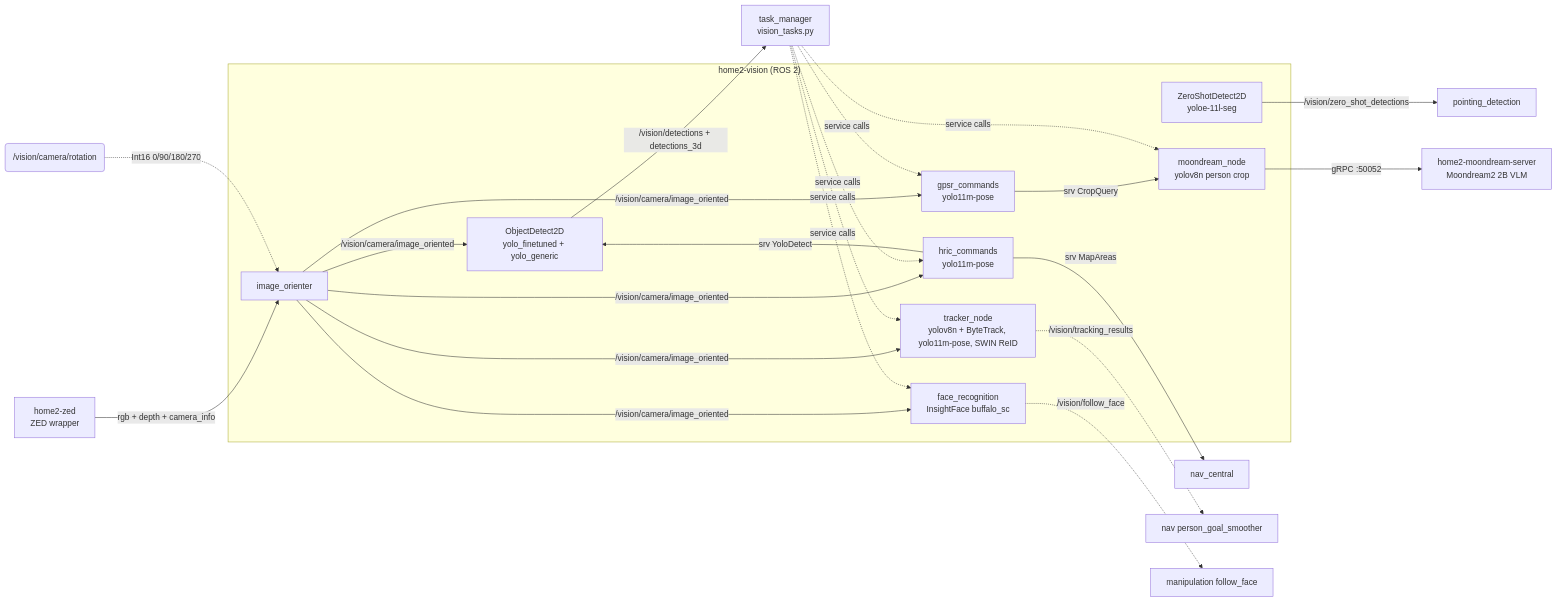
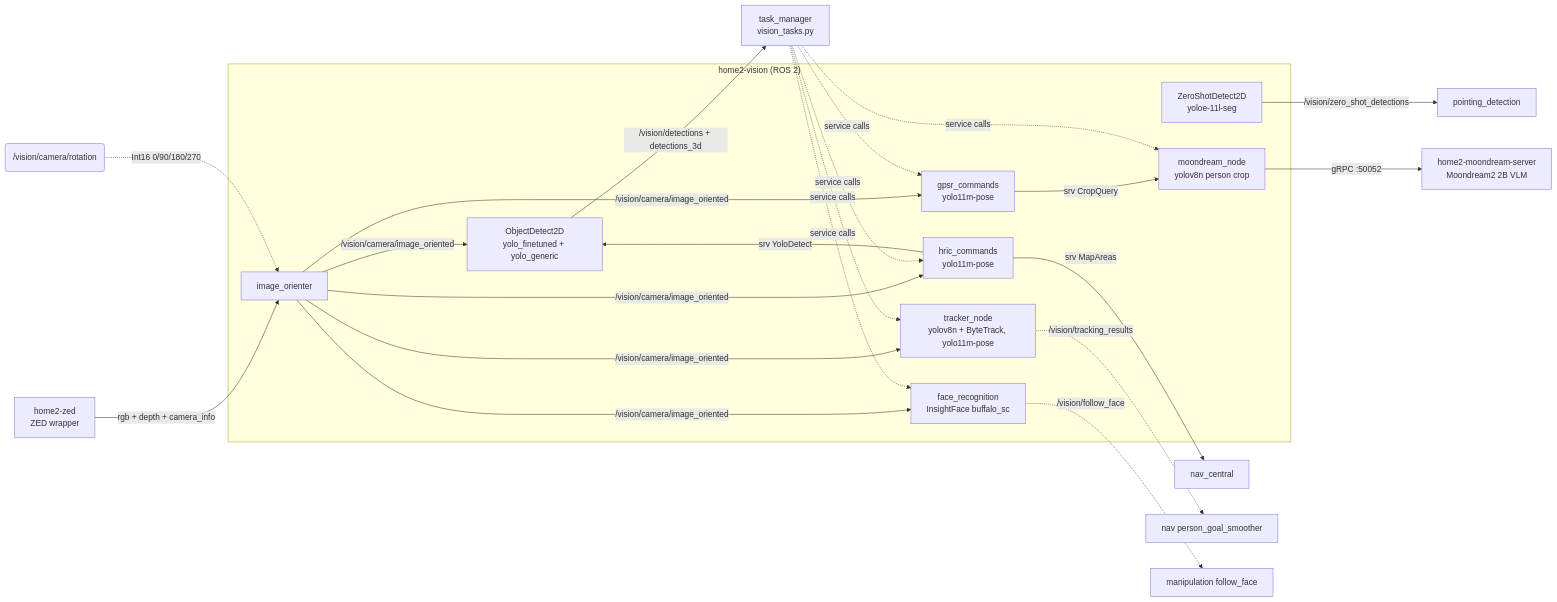
Before and after one commit to RoBorregos/home2: the diagram in vision/README.md, drawn with Mermaid. The commit also changed other lines of this file, not shown here.

````diff
--- a/vision/README.md
+++ b/vision/README.md
@@ -147,28 +145,28 @@
 ```mermaid
 flowchart LR
     ZED[home2-zed<br/>ZED wrapper] -->|rgb + depth + camera_info| IO[image_orienter]
     ROT(/vision/camera/rotation) -.->|Int16 0/90/180/270| IO
     IO -->|/vision/camera/image_oriented| OD & TRK & HC & GC & FR
 
     subgraph VIS["home2-vision (ROS 2)"]
         IO
         OD["ObjectDetect2D<br/>yolo_finetuned + yolo_generic"]
         ZS["ZeroShotDetect2D<br/>yoloe-11l-seg"]
-        TRK["tracker_node<br/>yolov8n + ByteTrack, yolo11m-pose, SWIN ReID"]
+        TRK["tracker_node<br/>yolov8n + ByteTrack, yolo11m-pose"]
         FR["face_recognition<br/>InsightFace buffalo_sc"]
         HC["hric_commands<br/>yolo11m-pose"]
         GC["gpsr_commands<br/>yolo11m-pose"]
         MD["moondream_node<br/>yolov8n person crop"]
     end
 
     OD -->|/vision/detections + detections_3d| TM[task_manager<br/>vision_tasks.py]
     HC -->|srv YoloDetect| OD
     HC -->|srv MapAreas| NAV[nav_central]
     GC -->|srv CropQuery| MD
     MD -->|gRPC :50052| MDS["home2-moondream-server<br/>Moondream2 2B VLM"]
     ZS -->|/vision/zero_shot_detections| PD[pointing_detection]
 
     TRK -.->|/vision/tracking_results| SM[nav person_goal_smoother]
     FR -.->|/vision/follow_face| ARM[manipulation follow_face]
     TM -.->|service calls| TRK & FR & HC & GC & MD
 ```
````
